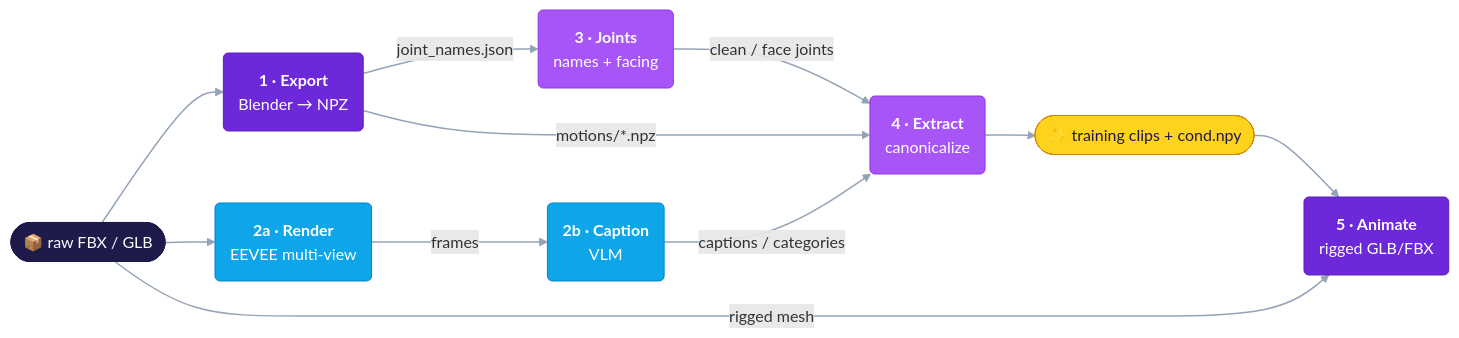
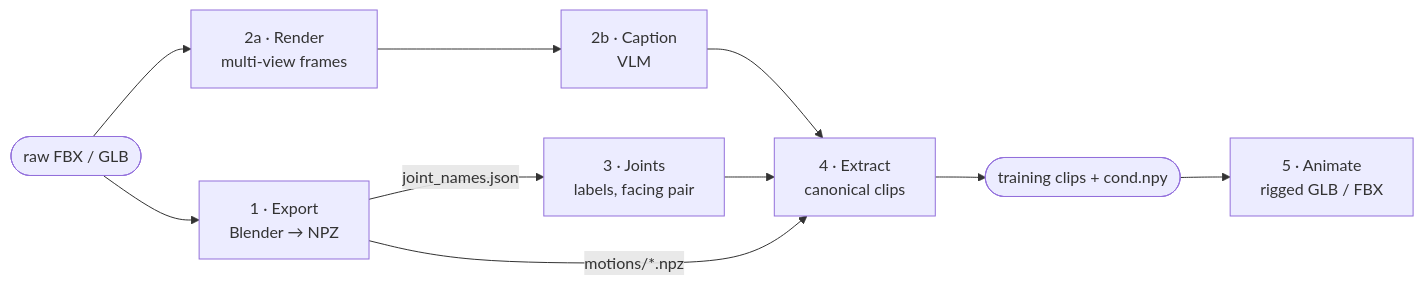
Before and after one commit to AIPoses/ai_UniMate: the diagram in data_process/README.md, drawn with Mermaid. The commit also changed other lines of this file and 128 other files, not shown here.

First line of the commit message:
Add rig_preprocess for custom rigs with LLM labelling, a review step and verification, example assets and README inference guides; align the uniml3d configs with the v3 recipe and fix data-pipeline, annotation and sampling issues

````diff
--- a/data_process/README.md
+++ b/data_process/README.md
@@ -29,37 +30,16 @@
 ```mermaid
-%%{init: {"theme": "base", "themeVariables": {"fontFamily": "-apple-system, 'Segoe UI', Helvetica, Arial, sans-serif", "fontSize": "14px", "lineColor": "#94A3B8", "edgeLabelBackground": "#F1F5F9"}, "flowchart": {"curve": "basis", "nodeSpacing": 40, "rankSpacing": 60}}}%%
 flowchart LR
-    raw(["📦 raw FBX / GLB"])
-    export("<b>1 · Export</b><br/>Blender → NPZ")
-    render("<b>2a · Render</b><br/>EEVEE multi-view")
-    caption("<b>2b · Caption</b><br/>VLM")
-    joints("<b>3 · Joints</b><br/>names + facing")
-    extract("<b>4 · Extract</b><br/>canonicalize")
-    animate("<b>5 · Animate</b><br/>rigged GLB/FBX")
-    clips(["✨ training clips + cond.npy"])
-
+    raw(["raw FBX / GLB"])
+    export["1 · Export<br/>Blender → NPZ"]
+    render["2a · Render<br/>multi-view frames"]
+    caption["2b · Caption<br/>VLM"]
+    joints["3 · Joints<br/>labels, facing pair"]
+    extract["4 · Extract<br/>canonical clips"]
+    clips(["training clips + cond.npy"])
+    animate["5 · Animate<br/>rigged GLB / FBX"]
     raw --> export
-    raw --> render
-    export -- "joint_names.json" --> joints
-    render -- "frames" --> caption
-    export -- "motions/*.npz" --> extract
-    caption -- "captions / categories" --> extract
-    joints -- "clean / face joints" --> extract
-    extract --> clips
-    clips --> animate
-    raw -- "rigged mesh" --> animate
-
-    classDef data fill:#1E1B4B,stroke:#1E1B4B,color:#F8FAFC
-    classDef blender fill:#6D28D9,stroke:#5B21B6,color:#FFFFFF
-    classDef vision fill:#0EA5E9,stroke:#0284C7,color:#FFFFFF
-    classDef llm fill:#A855F7,stroke:#9333EA,color:#FFFFFF
-    classDef out fill:#FFD21E,stroke:#CA8A04,color:#1E1B4B
-
-    class raw data
-    class export,animate blender
-    class render,caption vision
-    class joints,extract llm
-    class clips out
-
-    linkStyle default stroke:#94A3B8,stroke-width:1.5px
+    raw --> render --> caption --> extract
+    export -- joint_names.json --> joints --> extract
+    export -- motions/*.npz --> extract
+    extract --> clips --> animate
 ```
````
